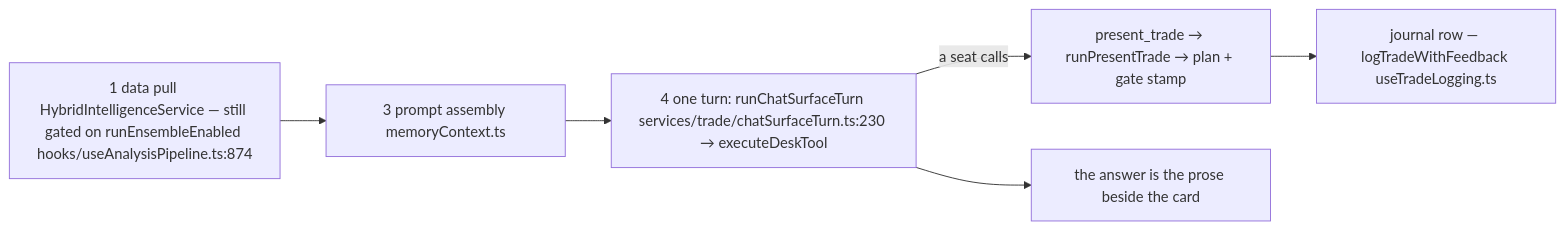
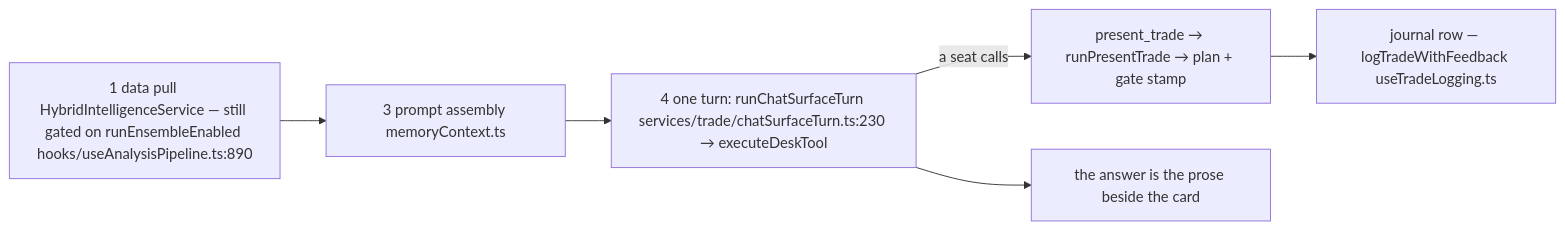
One commit to Acepay25/august-3.5 changed the third of 7 diagrams in docs/app-flow.md. Above: the diagram before and after it, drawn with Mermaid. The commit also changed other lines of this file and 6 other files, not shown here.

````diff
--- a/docs/app-flow.md
+++ b/docs/app-flow.md
@@ -172,8 +172,8 @@
 ```mermaid
 flowchart LR
-    S1["1 data pull HybridIntelligenceService — still gated on runEnsembleEnabled hooks/useAnalysisPipeline.ts:874"] --> S3["3 prompt assembly memoryContext.ts"]
+    S1["1 data pull HybridIntelligenceService — still gated on runEnsembleEnabled hooks/useAnalysisPipeline.ts:890"] --> S3["3 prompt assembly memoryContext.ts"]
     S3 --> S4["4 one turn: runChatSurfaceTurn services/trade/chatSurfaceTurn.ts:230 → executeDeskTool"]
     S4 -->|a seat calls| PT["present_trade → runPresentTrade → plan + gate stamp"]
     PT --> JR["journal row — logTradeWithFeedback useTradeLogging.ts"]
     S4 --> ANS["the answer is the prose beside the card"]
 ```
````
